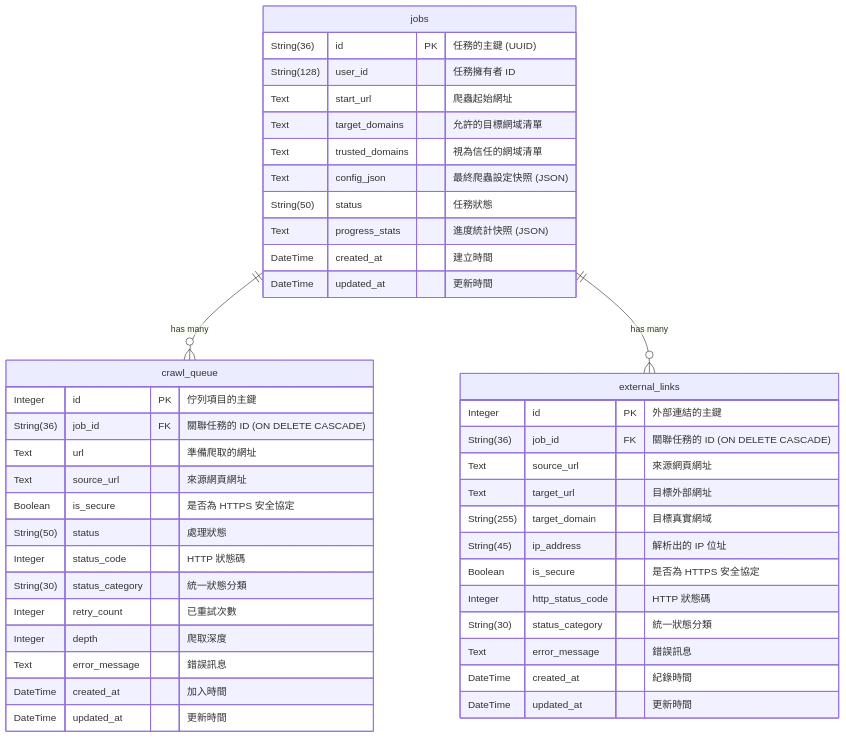
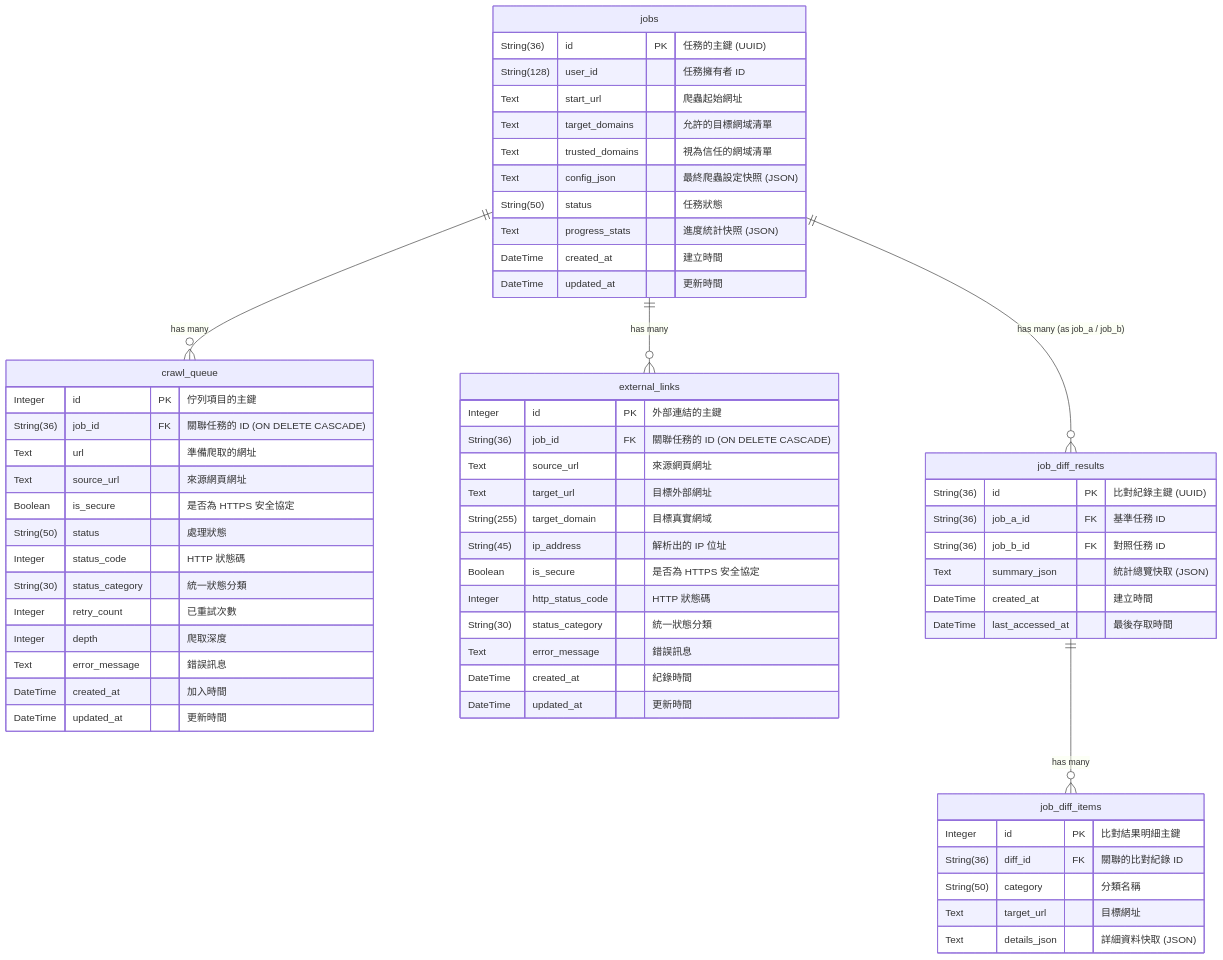
The second of 2 diagrams in doc/db_schema.md (mfhsieh/link-checker), drawn with Mermaid before and after one commit. The commit also changed other lines of this file and 12 other files, not shown here.

````diff
--- a/doc/db_schema.md
+++ b/doc/db_schema.md
@@ -234,46 +234,63 @@
 ```mermaid
 erDiagram
     jobs ||--o{ crawl_queue : "has many"
     jobs ||--o{ external_links : "has many"
+    jobs ||--o{ job_diff_results : "has many (as job_a / job_b)"
+    job_diff_results ||--o{ job_diff_items : "has many"
     jobs {
         String(36) id PK "任務的主鍵 (UUID)"
         String(128) user_id "任務擁有者 ID"
         Text start_url "爬蟲起始網址"
         Text target_domains "允許的目標網域清單"
         Text trusted_domains "視為信任的網域清單"
         Text config_json "最終爬蟲設定快照 (JSON)"
         String(50) status "任務狀態"
         Text progress_stats "進度統計快照 (JSON)"
         DateTime created_at "建立時間"
         DateTime updated_at "更新時間"
     }
     crawl_queue {
         Integer id PK "佇列項目的主鍵"
         String(36) job_id FK "關聯任務的 ID (ON DELETE CASCADE)"
         Text url "準備爬取的網址"
         Text source_url "來源網頁網址"
         Boolean is_secure "是否為 HTTPS 安全協定"
         String(50) status "處理狀態"
         Integer status_code "HTTP 狀態碼"
         String(30) status_category "統一狀態分類"
         Integer retry_count "已重試次數"
         Integer depth "爬取深度"
         Text error_message "錯誤訊息"
         DateTime created_at "加入時間"
         DateTime updated_at "更新時間"
     }
     external_links {
         Integer id PK "外部連結的主鍵"
         String(36) job_id FK "關聯任務的 ID (ON DELETE CASCADE)"
         Text source_url "來源網頁網址"
         Text target_url "目標外部網址"
         String(255) target_domain "目標真實網域"
         String(45) ip_address "解析出的 IP 位址"
         Boolean is_secure "是否為 HTTPS 安全協定"
         Integer http_status_code "HTTP 狀態碼"
         String(30) status_category "統一狀態分類"
         Text error_message "錯誤訊息"
         DateTime created_at "紀錄時間"
         DateTime updated_at "更新時間"
     }
+    job_diff_results {
+        String(36) id PK "比對紀錄主鍵 (UUID)"
+        String(36) job_a_id FK "基準任務 ID"
+        String(36) job_b_id FK "對照任務 ID"
+        Text summary_json "統計總覽快取 (JSON)"
+        DateTime created_at "建立時間"
+        DateTime last_accessed_at "最後存取時間"
+    }
+    job_diff_items {
+        Integer id PK "比對結果明細主鍵"
+        String(36) diff_id FK "關聯的比對紀錄 ID"
+        String(50) category "分類名稱"
+        Text target_url "目標網址"
+        Text details_json "詳細資料快取 (JSON)"
+    }
 ```
````
